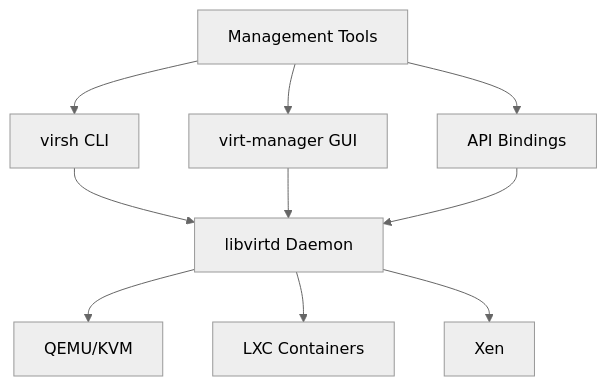
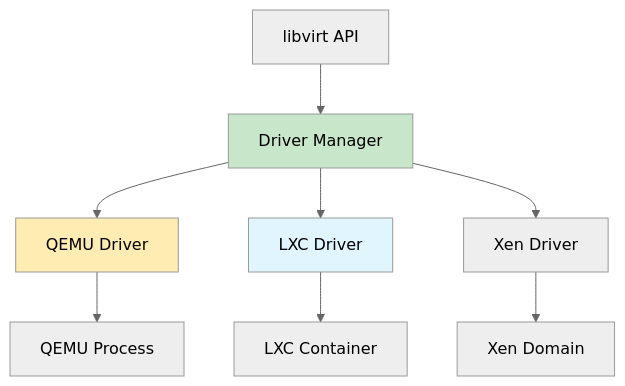
The second of 2 diagrams in docs/virtualization/libvirt.md (CrakA2/Linux_HA), drawn with Mermaid (neutral theme) before and after one commit. The commit also changed other lines of this file and 11 other files, not shown here.

````diff
--- a/docs/virtualization/libvirt.md
+++ b/docs/virtualization/libvirt.md
@@ -7,14 +126,15 @@
 ```mermaid
 graph TB
-    A[libvirtd Daemon] --> B[QEMU/KVM]
-    A --> C[LXC Containers]
-    A --> D[Xen]
+    A[libvirt API] --> B[Driver Manager]
+    B --> C[QEMU Driver]
+    B --> D[LXC Driver]
+    B --> E[Xen Driver]
     
-    E[Management Tools] --> F[virsh CLI]
-    E --> G[virt-manager GUI]
-    E --> H[API Bindings]
+    C --> F[QEMU Process]
+    D --> G[LXC Container]
+    E --> H[Xen Domain]
     
-    F --> A
-    G --> A
-    H --> A
+    style B fill:#c8e6c9
+    style C fill:#ffecb3
+    style D fill:#e1f5ff
 ```
````
